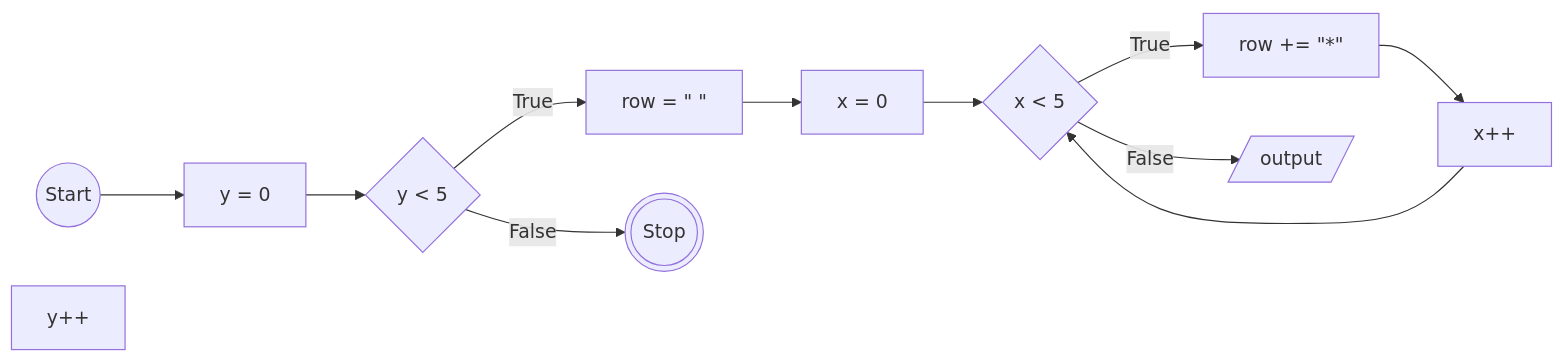
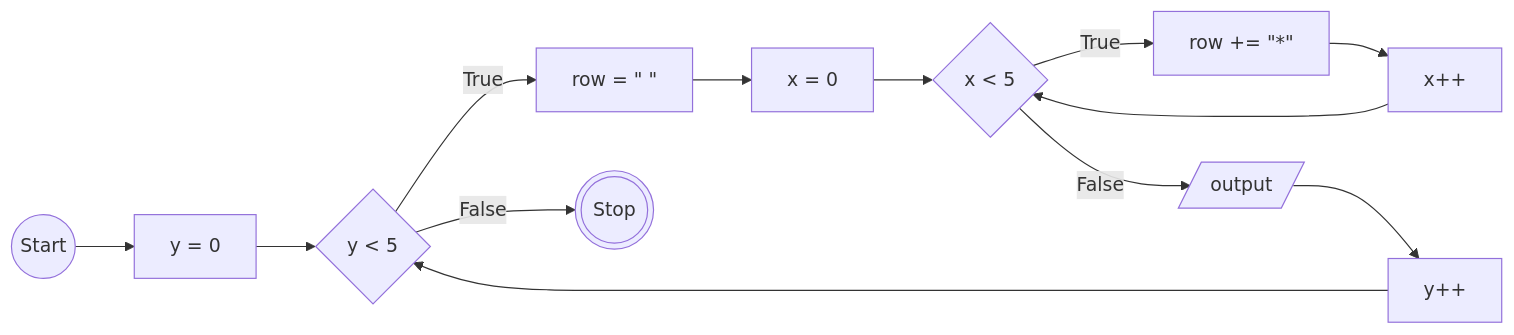
One commit to aldi-ardyansah/koda-b10-javascript3 changed the second of 2 diagrams in README.md. Above: the diagram before and after it, drawn with Mermaid.

````diff
--- a/README.md
+++ b/README.md
@@ -35,25 +35,27 @@
 ```mermaid
 flowchart LR
     A((Start))
     B[y = 0]
     C{y < 5}
     D[row = #quot; #quot;]
     E[x = 0]
     F{x < 5}
     G[row += #quot;*#quot;]
     H[x++]
     I[/output/]
     J[y++]
     Z(((Stop)))
 
     A --> B
     B --> C
     C --True--> D
     D --> E
     E --> F
     F --True--> G
     G --> H
     H --> F
     F --False--> I
     C --False--> Z
+    I --> J
+    J --> C
 ```
````
